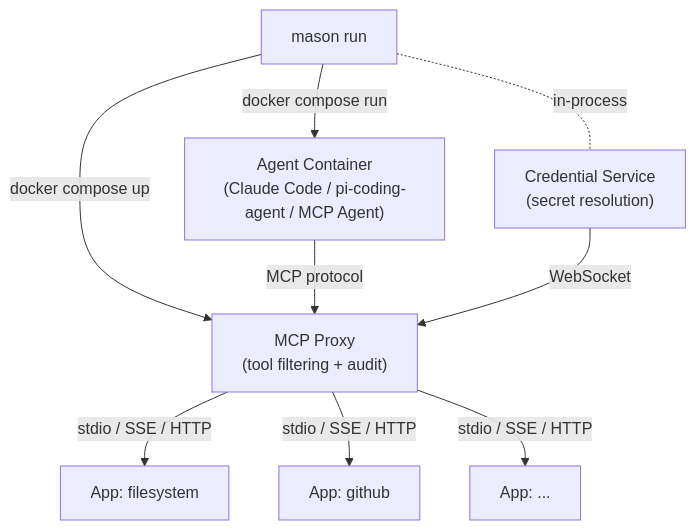
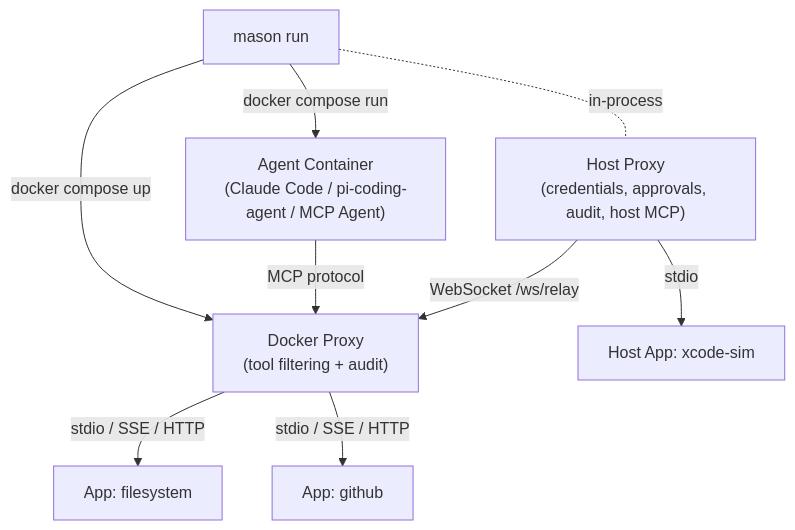
One commit to clawmasons/mason changed the first of 7 diagrams in docs/architecture.md. Above: the diagram before and after it, drawn with Mermaid. The commit also changed other lines of this file and 179 other files, not shown here.

First line of the commit message:
Support mcp servers on host (#184)

````diff
--- a/docs/architecture.md
+++ b/docs/architecture.md
@@ -12,13 +12,13 @@
 ```mermaid
 graph TB
     CLI["mason run"]
-    CLI -->|docker compose up| Proxy["MCP Proxy<br/>(tool filtering + audit)"]
+    CLI -->|docker compose up| Proxy["Docker Proxy<br/>(tool filtering + audit)"]
     CLI -->|docker compose run| Agent["Agent Container<br/>(Claude Code / pi-coding-agent / MCP Agent)"]
-    CLI -.-|in-process| CredSvc["Credential Service<br/>(secret resolution)"]
+    CLI -.-|in-process| HostProxy["Host Proxy<br/>(credentials, approvals, audit, host MCP)"]
 
     Agent -->|MCP protocol| Proxy
-    CredSvc -->|WebSocket| Proxy
+    HostProxy -->|WebSocket /ws/relay| Proxy
     Proxy -->|stdio / SSE / HTTP| App1["App: filesystem"]
     Proxy -->|stdio / SSE / HTTP| App2["App: github"]
-    Proxy -->|stdio / SSE / HTTP| AppN["App: ..."]
+    HostProxy -->|stdio| HostApp["Host App: xcode-sim"]
 ```
````
